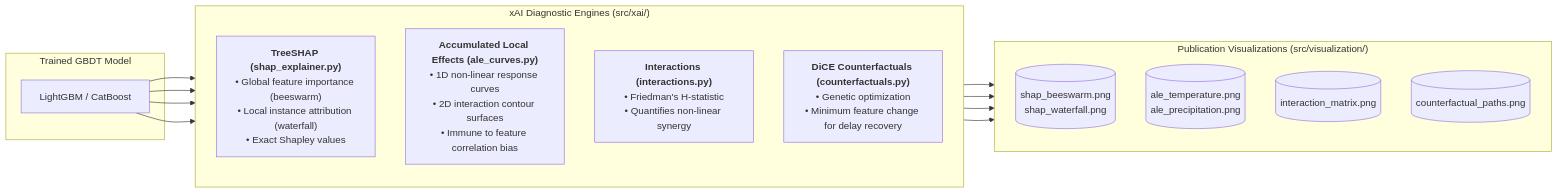
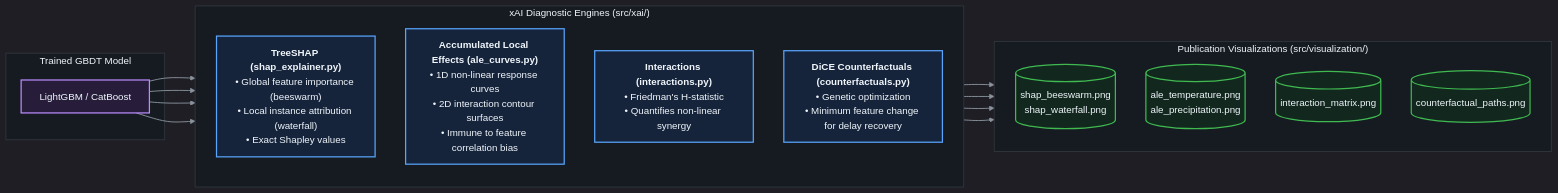
One commit to giangh14cqt/warsaw-public-transport-monitor changed the third of 3 diagrams in architect/data_processing/modeling_and_xai.md. Above: the diagram before and after it, drawn with Mermaid. The commit also changed other lines of this file and 9 other files, not shown here.

First line of the commit message:
style(architect): optimize all Mermaid diagrams for GitHub dark theme readability

````diff
--- a/architect/data_processing/modeling_and_xai.md
+++ b/architect/data_processing/modeling_and_xai.md
@@ -95,27 +133,54 @@
 ```mermaid
+%%{init: {
+  'theme': 'dark',
+  'themeVariables': {
+    'darkMode': true,
+    'background': '#0d1117',
+    'mainBkg': '#161b22',
+    'clusterBkg': '#161b22',
+    'clusterBorder': '#30363d',
+    'primaryTextColor': '#f0f6fc'
+  }
+}}%%
 flowchart LR
     subgraph TrainedModels ["Trained GBDT Model"]
         M["LightGBM / CatBoost"]
     end
 
     subgraph xAIEngines ["xAI Diagnostic Engines (src/xai/)"]
         direction TB
         SHAP["<b>TreeSHAP (shap_explainer.py)</b><br/>• Global feature importance (beeswarm)<br/>• Local instance attribution (waterfall)<br/>• Exact Shapley values"]
         ALE["<b>Accumulated Local Effects (ale_curves.py)</b><br/>• 1D non-linear response curves<br/>• 2D interaction contour surfaces<br/>• Immune to feature correlation bias"]
         Inter["<b>Interactions (interactions.py)</b><br/>• Friedman's H-statistic<br/>• Quantifies non-linear synergy"]
         DiCE["<b>DiCE Counterfactuals (counterfactuals.py)</b><br/>• Genetic optimization<br/>• Minimum feature change for delay recovery"]
     end
 
     subgraph Figures ["Publication Visualizations (src/visualization/)"]
         direction TB
         F_Shap[("shap_beeswarm.png<br/>shap_waterfall.png")]
         F_Ale[("ale_temperature.png<br/>ale_precipitation.png")]
         F_Inter[("interaction_matrix.png")]
         F_Dice[("counterfactual_paths.png")]
     end
 
     M --> SHAP --> F_Shap
     M --> ALE --> F_Ale
     M --> Inter --> F_Inter
     M --> DiCE --> F_Dice
+
+    %% Subgraph Styling
+    style TrainedModels fill:#161b22,stroke:#30363d,stroke-width:1.5px,color:#f0f6fc
+    style xAIEngines fill:#161b22,stroke:#30363d,stroke-width:1.5px,color:#f0f6fc
+    style Figures fill:#161b22,stroke:#30363d,stroke-width:1.5px,color:#f0f6fc
+
+    %% High-Contrast Node Styling
+    classDef modelNode fill:#271d3b,stroke:#bc8cff,stroke-width:2px,color:#f0f6fc;
+    classDef engineNode fill:#16243b,stroke:#58a6ff,stroke-width:2px,color:#f0f6fc;
+    classDef figNode fill:#12281e,stroke:#3fb950,stroke-width:2px,color:#f0f6fc;
+
+    linkStyle default stroke:#8b949e,stroke-width:1.5px;
+
+    class M modelNode;
+    class SHAP,ALE,Inter,DiCE engineNode;
+    class F_Shap,F_Ale,F_Inter,F_Dice figNode;
 ```
````
